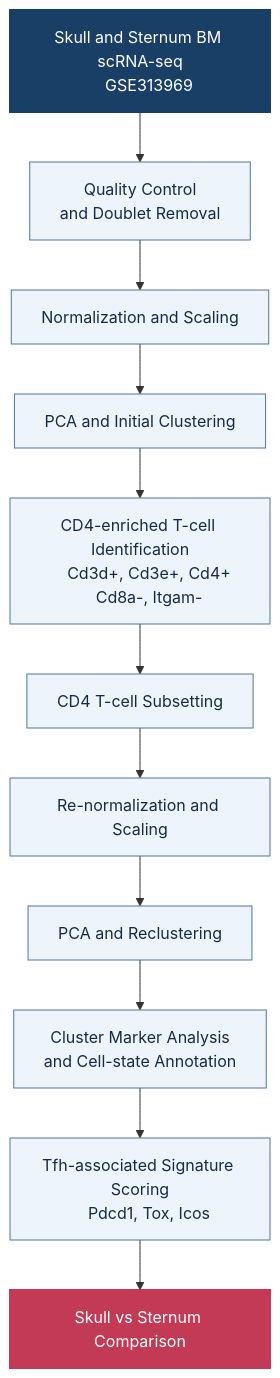
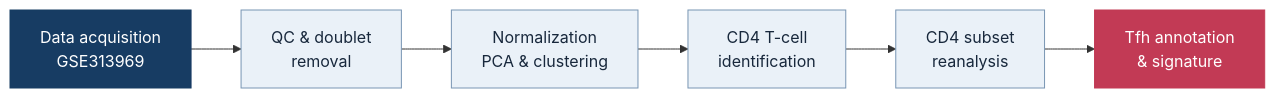
Before and after one commit to mohamedgamal22-bio/AI_-: the diagram in README.md, drawn with Mermaid. The commit also changed other lines of this file, not shown here.

````diff
--- a/README.md
+++ b/README.md
@@ -21,31 +24,18 @@
 ```mermaid
-flowchart TD
-    A["Skull and Sternum BM scRNA-seq
-    GSE313969"]
-    B["Quality Control
-    and Doublet Removal"]
-    C["Normalization and Scaling"]
-    D["PCA and Initial Clustering"]
-    E["CD4-enriched T-cell Identification
-    Cd3d+, Cd3e+, Cd4+
-    Cd8a-, Itgam-"]
-    F["CD4 T-cell Subsetting"]
-    G["Re-normalization and Scaling"]
-    H["PCA and Reclustering"]
-    I["Cluster Marker Analysis
-    and Cell-state Annotation"]
-    J["Tfh-associated Signature Scoring
-    Pdcd1, Tox, Icos"]
-    K["Skull vs Sternum Comparison"]
+flowchart LR
+    A["Data acquisition<br/>GSE313969"]
+    B["QC & doublet<br/>removal"]
+    C["Normalization<br/>PCA & clustering"]
+    D["CD4 T-cell<br/>identification"]
+    E["CD4 subset<br/>reanalysis"]
+    F["Tfh annotation<br/>& signature"]
 
-    A --> B --> C --> D --> E
-    E --> F --> G --> H --> I
-    I --> J --> K
+    A --> B --> C --> D --> E --> F
 
-    classDef default fill:#EDF4FB,stroke:#52769B,color:#172B45,stroke-width:1px
-    classDef start fill:#193F67,stroke:#193F67,color:#FFFFFF,stroke-width:2px
-    classDef final fill:#C23A55,stroke:#C23A55,color:#FFFFFF,stroke-width:2px
-
-    class A start
-    class K final
+    style A fill:#173C63,color:#ffffff,stroke:#173C63
+    style B fill:#EAF1F8,color:#18283C,stroke:#7895B3
+    style C fill:#EAF1F8,color:#18283C,stroke:#7895B3
+    style D fill:#EAF1F8,color:#18283C,stroke:#7895B3
+    style E fill:#EAF1F8,color:#18283C,stroke:#7895B3
+    style F fill:#C23A55,color:#ffffff,stroke:#C23A55
 ```
````
